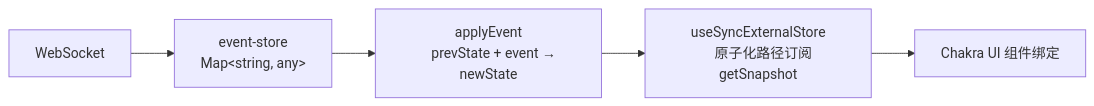
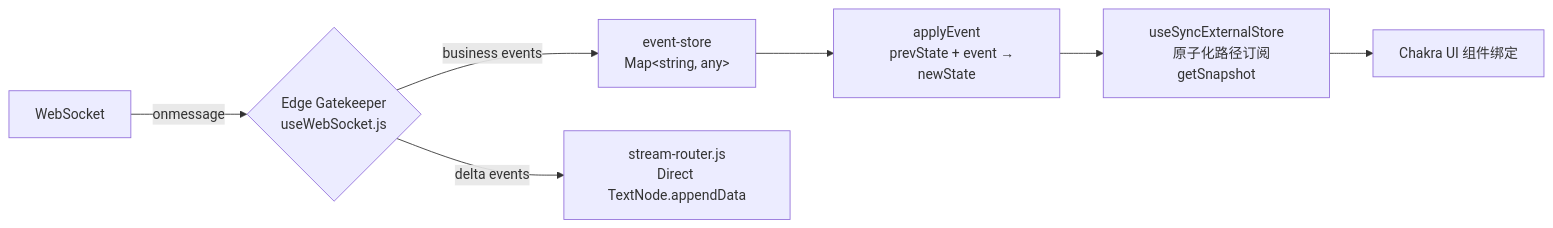
The first of 2 diagrams in squad-tau/PRD/04-web-ui.md (PamelaSprin47685ghall/omp-me), drawn with Mermaid before and after one commit. The commit also changed other lines of this file and 35 other files, not shown here.

````diff
--- a/squad-tau/PRD/04-web-ui.md
+++ b/squad-tau/PRD/04-web-ui.md
@@ -31,9 +31,11 @@
 ```mermaid
 graph LR
-    WS[WebSocket] --> ES[event-store<br/>Map&lt;string, any&gt;]
+    WS[WebSocket] -->|onmessage| GK{Edge Gatekeeper<br/>useWebSocket.js}
+    GK -->|business events| ES[event-store<br/>Map&lt;string, any&gt;]
+    GK -->|delta events| SR[stream-router.js<br/>Direct TextNode.appendData]
     ES --> AE[applyEvent
     prevState + event → newState]
     AE --> SN[useSyncExternalStore
     原子化路径订阅 getSnapshot]
     SN --> UI[Chakra UI 组件绑定]
 ```
````
